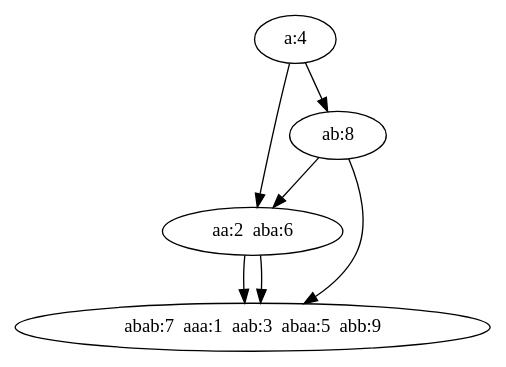
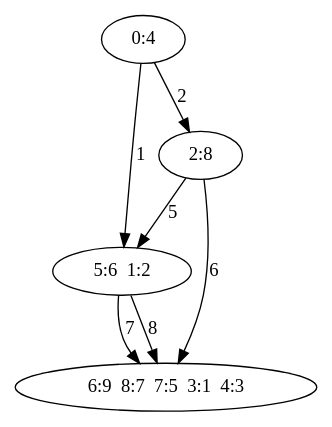
One commit to XIANQw/Project_Compress_BST changed the diagram in compressorMap.dot. Above: the diagram before and after it, drawn with Graphviz. The commit also changed 28 other files, not shown here.

```diff
--- a/compressorMap.dot
+++ b/compressorMap.dot
@@ -1,15 +1,15 @@
 digraph G {
-" a:4 ";
-" aa:2  aba:6 ";
-" a:4 "->" aa:2  aba:6 ";
-" ab:8 ";
-" a:4 "->" ab:8 ";
-" abab:7  aaa:1  aab:3  abaa:5  abb:9 ";
-" aa:2  aba:6 "->" abab:7  aaa:1  aab:3  abaa:5  abb:9 ";
-" abab:7  aaa:1  aab:3  abaa:5  abb:9 ";
-" aa:2  aba:6 "->" abab:7  aaa:1  aab:3  abaa:5  abb:9 ";
-" aa:2  aba:6 ";
-" ab:8 "->" aa:2  aba:6 ";
-" abab:7  aaa:1  aab:3  abaa:5  abb:9 ";
-" ab:8 "->" abab:7  aaa:1  aab:3  abaa:5  abb:9 ";
+" 0:4 ";
+" 5:6  1:2 ";
+" 0:4 "->" 5:6  1:2 "[label = "1"];
+" 2:8 ";
+" 0:4 "->" 2:8 "[label = "2"];
+" 6:9  8:7  7:5  3:1  4:3 ";
+" 5:6  1:2 "->" 6:9  8:7  7:5  3:1  4:3 "[label = "7"];
+" 6:9  8:7  7:5  3:1  4:3 ";
+" 5:6  1:2 "->" 6:9  8:7  7:5  3:1  4:3 "[label = "8"];
+" 5:6  1:2 ";
+" 2:8 "->" 5:6  1:2 "[label = "5"];
+" 6:9  8:7  7:5  3:1  4:3 ";
+" 2:8 "->" 6:9  8:7  7:5  3:1  4:3 "[label = "6"];
 }
```
